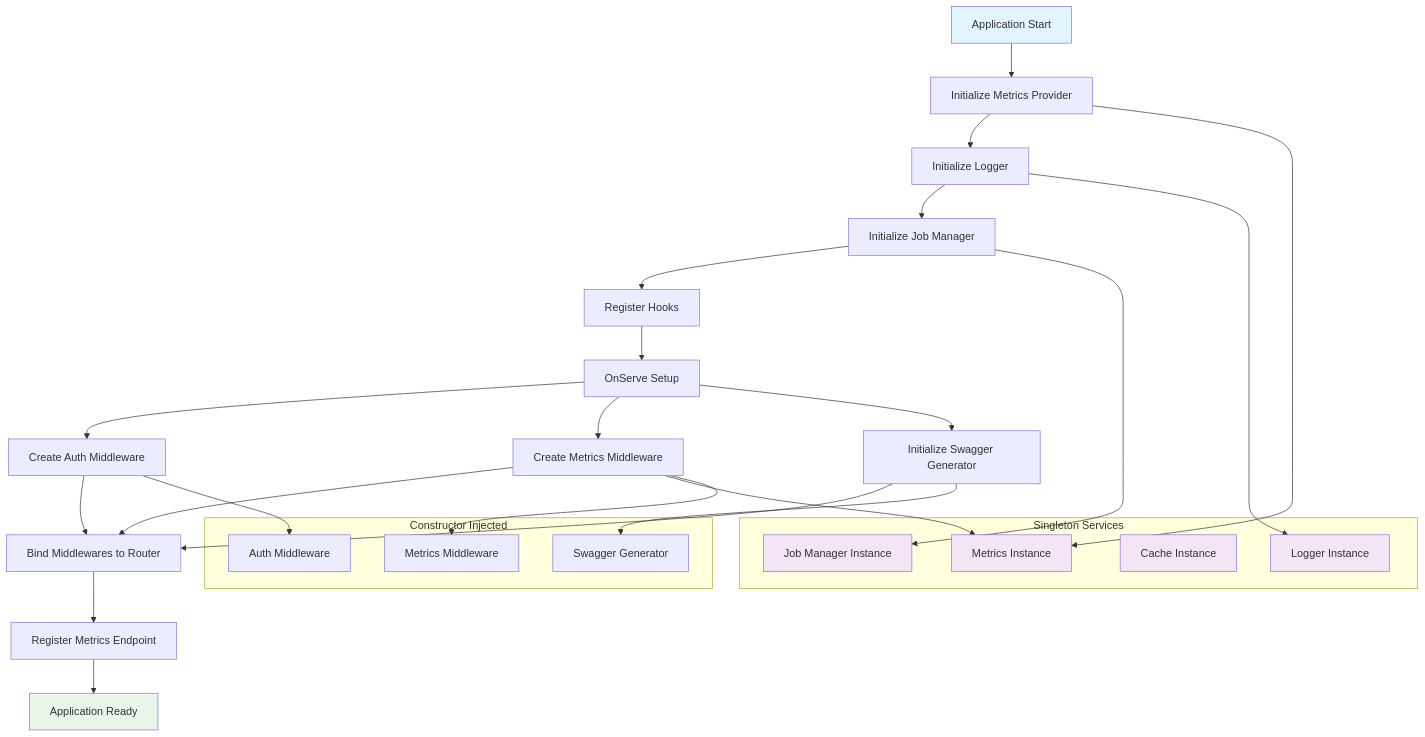
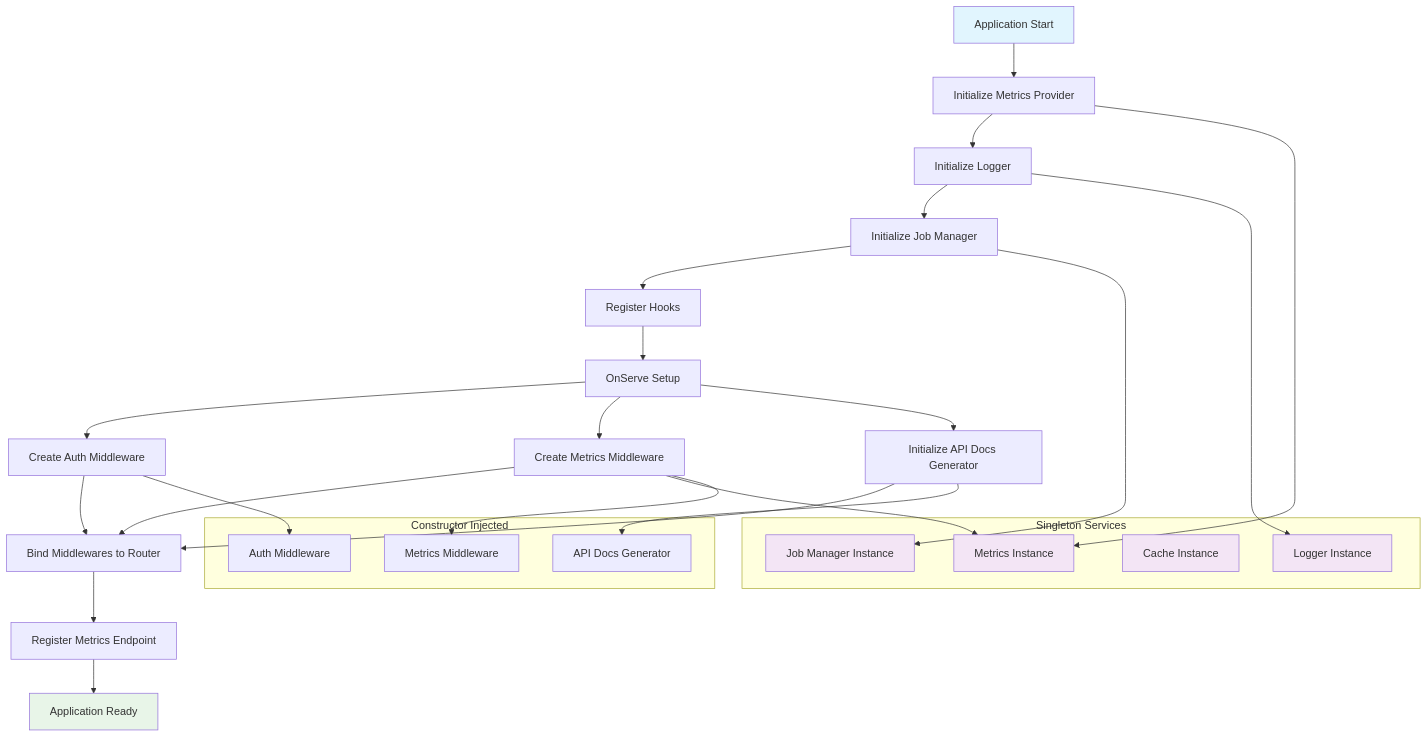
The sixth of 6 diagrams in docs/dependency-injection.md (Innovix-Matrix-Systems/ims-pocketbase-baas-starter), drawn with Mermaid before and after one commit. The commit also changed other lines of this file and 21 other files, not shown here.

Commit message:
(refactor) rename swagger module to apidoc

````diff
--- a/docs/dependency-injection.md
+++ b/docs/dependency-injection.md
@@ -621,48 +621,48 @@
 ```mermaid
 flowchart TD
     START[Application Start] --> METRICS[Initialize Metrics Provider]
     METRICS --> LOGGER[Initialize Logger]
     LOGGER --> JOBMGR[Initialize Job Manager]
     JOBMGR --> HOOKS[Register Hooks]
     HOOKS --> SERVE[OnServe Setup]
     
     SERVE --> MW_AUTH[Create Auth Middleware]
     SERVE --> MW_METRICS[Create Metrics Middleware]
-    SERVE --> SWAGGER[Initialize Swagger Generator]
+    SERVE --> APIDOC[Initialize API Docs Generator]
     
     MW_METRICS --> BIND_MW[Bind Middlewares to Router]
     MW_AUTH --> BIND_MW
-    SWAGGER --> BIND_MW
+    APIDOC --> BIND_MW
     
     BIND_MW --> ENDPOINT[Register Metrics Endpoint]
     ENDPOINT --> READY[Application Ready]
     
     subgraph "Singleton Services"
         METRICS_INST[Metrics Instance]
         LOGGER_INST[Logger Instance]
         CACHE_INST[Cache Instance]
         JOB_INST[Job Manager Instance]
     end
     
     METRICS --> METRICS_INST
     LOGGER --> LOGGER_INST
     JOBMGR --> JOB_INST
     MW_METRICS --> METRICS_INST
     
     subgraph "Constructor Injected"
         MW_AUTH_INST[Auth Middleware]
         MW_METRICS_INST[Metrics Middleware]
-        SWAGGER_INST[Swagger Generator]
+        APIDOC_INST[API Docs Generator]
     end
     
     MW_AUTH --> MW_AUTH_INST
     MW_METRICS --> MW_METRICS_INST
-    SWAGGER --> SWAGGER_INST
+    APIDOC --> APIDOC_INST
     
     style START fill:#e1f5fe
     style READY fill:#e8f5e8
     style METRICS_INST fill:#f3e5f5
     style LOGGER_INST fill:#f3e5f5
     style CACHE_INST fill:#f3e5f5
     style JOB_INST fill:#f3e5f5
 ```
````
